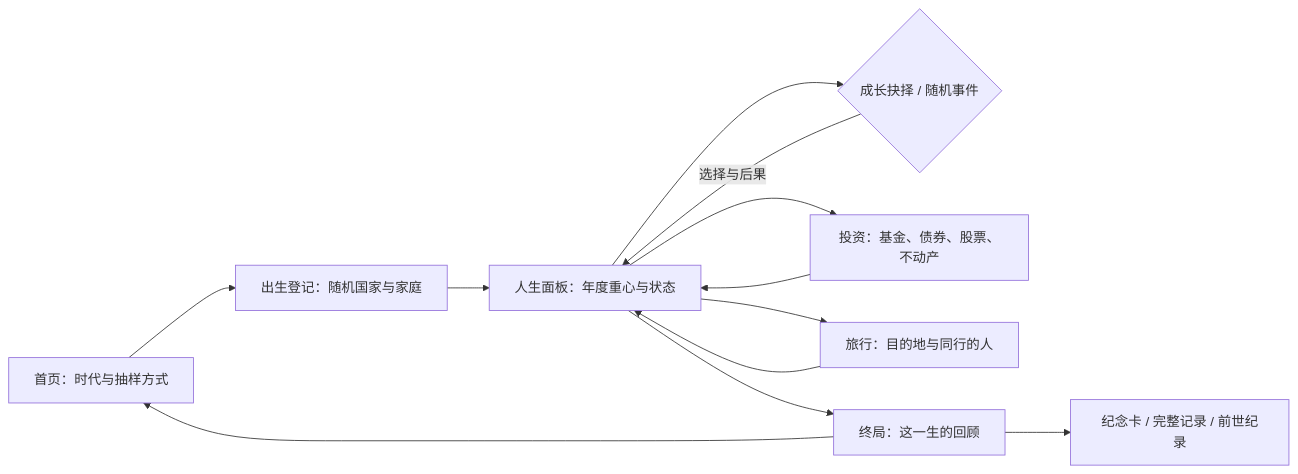
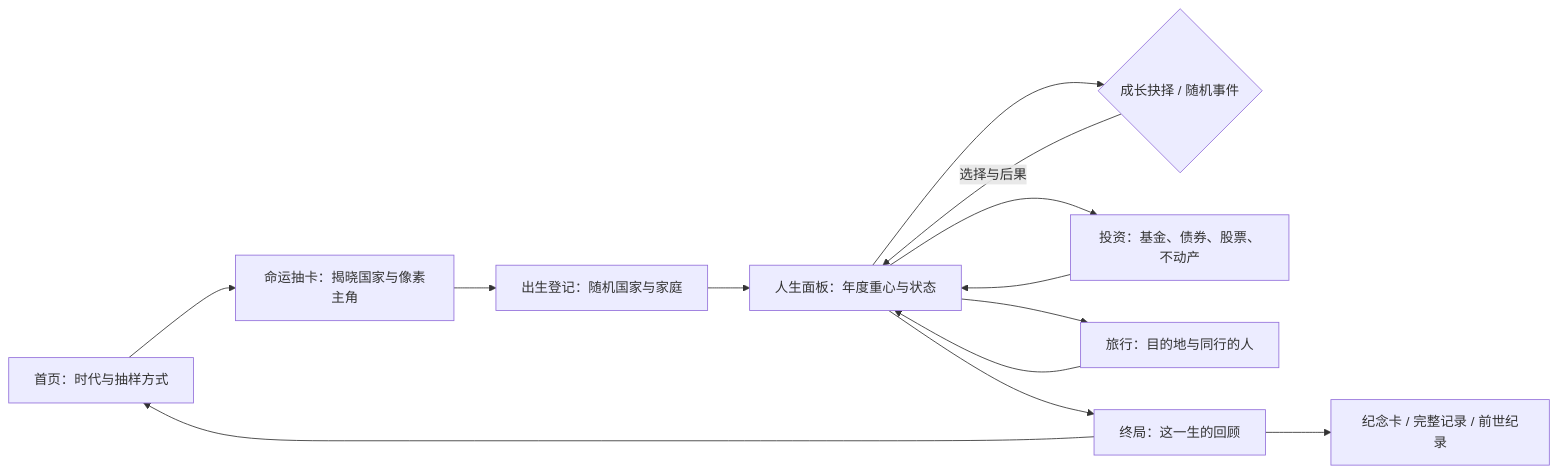
Before and after one commit to GosuQuan/one-in-eight-billion: the diagram in README.md, drawn with Mermaid. The commit also changed other lines of this file and 41 other files, not shown here.

````diff
--- a/README.md
+++ b/README.md
@@ -21,14 +21,15 @@
 ```mermaid
 flowchart LR
-    A[首页：时代与抽样方式] --> B[出生登记：随机国家与家庭]
+    A[首页：时代与抽样方式] --> G[命运抽卡：揭晓国家与像素主角]
+    G --> B[出生登记：随机国家与家庭]
     B --> C[人生面板：年度重心与状态]
     C --> D{成长抉择 / 随机事件}
     D -->|选择与后果| C
     C --> I[投资：基金、债券、股票、不动产]
     C --> T[旅行：目的地与同行的人]
     I --> C
     T --> C
     C --> E[终局：这一生的回顾]
     E --> F[纪念卡 / 完整记录 / 前世纪录]
     E --> A
 ```
````
